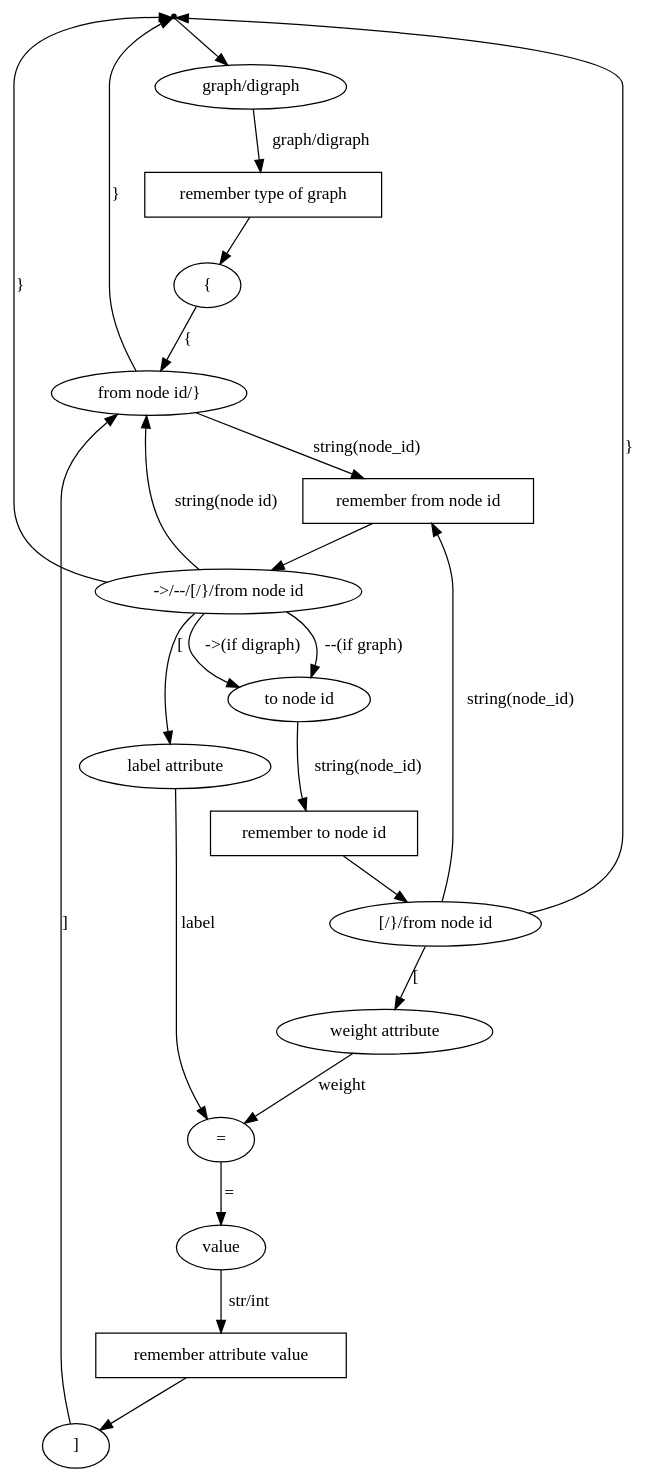
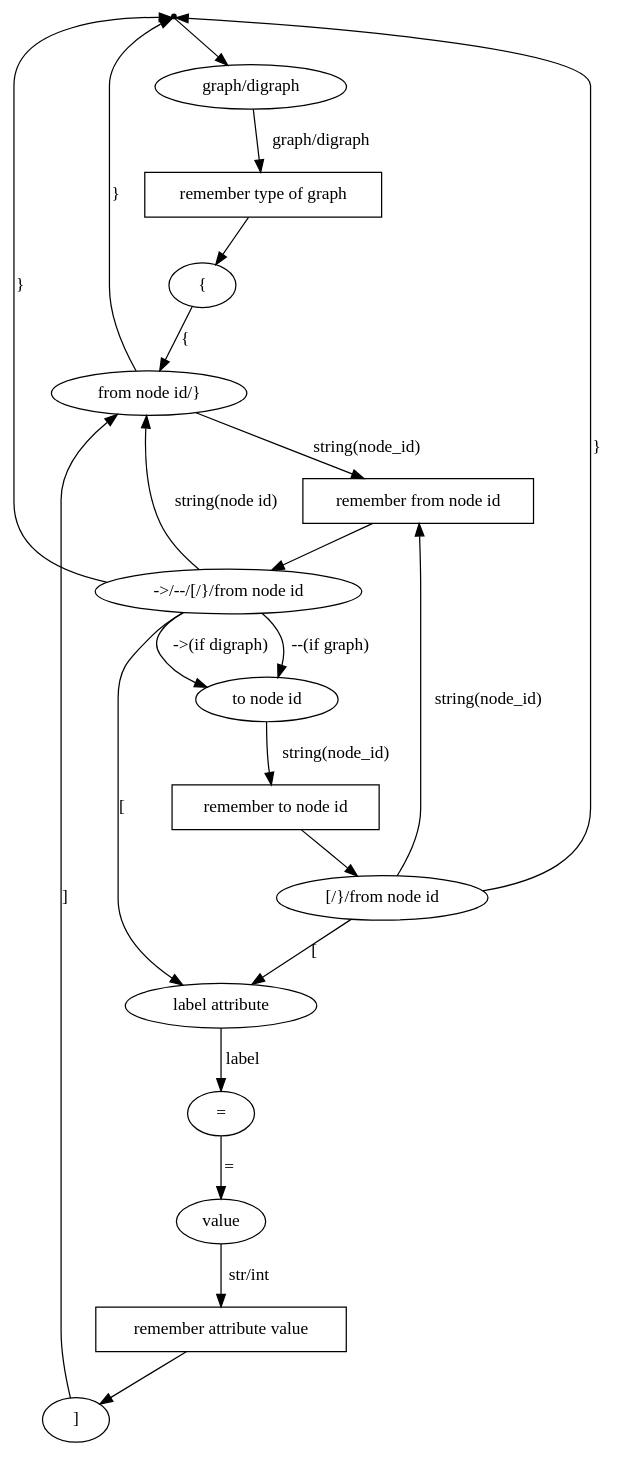
Before and after one commit to AshFungor/graph-serializer: the diagram in data/proposal/lexemes.gv, drawn with Graphviz. The commit also changed 6 other files, not shown here.

First line of the commit message:
fixed character graph (#19)

```diff
--- a/data/proposal/lexemes.gv
+++ b/data/proposal/lexemes.gv
@@ -1,56 +1,53 @@
 digraph {
 	entrypoint [shape = "point"]
 	graph_start [shape = "ellipse" label = "graph/digraph"]
 	entrypoint -> graph_start 
 
 	remember_graph_type [shape = "box" label = "remember type of graph"]
 	graph_start -> remember_graph_type [label="graph/digraph"]
 
 	open_curly_bracket [shape = "ellipse" label = "{"]
 	remember_graph_type -> open_curly_bracket
 
 	from_node_id_or_close_curly_bracket [shape = "ellipse" label = "from node id/}"]
 	from_node_id_or_close_curly_bracket -> entrypoint [label = "}"]
 	open_curly_bracket -> from_node_id_or_close_curly_bracket [label="{"]
 
 	remember_from_node_id [shape="box" label="remember from node id"]
 	from_node_id_or_close_curly_bracket -> remember_from_node_id [label="string(node_id)"]
 	remember_from_node_id -> after_from_node_id
 
 	after_from_node_id [shape = "ellipse" label = "->/--/[/}/from node id"]
 	to_node_id [shape = "ellipse" label = "to node id"]
 	after_from_node_id -> to_node_id [label="->(if digraph)"]
 	after_from_node_id -> to_node_id [label="--(if graph)"]
 	after_from_node_id -> entrypoint [label = "}"]
 	after_from_node_id -> from_node_id_or_close_curly_bracket [label = "string(node id)"]
 
 	label_attr [shape = "ellipse" label = "label attribute"]
 	after_from_node_id -> label_attr [label="["] 
 
 	equal [shape = "ellipse" label = "="]
 	label_attr -> equal [label="label"]
 
 	remember_to_node_id [shape="box" label="remember to node id"]
 	to_node_id -> remember_to_node_id [label="string(node_id)"]
 
 	after_to_node_id [label="[/}/from node id"]
 	remember_to_node_id -> after_to_node_id
 
 	after_to_node_id -> entrypoint [label = "}"]
 	after_to_node_id -> remember_from_node_id [label = "string(node_id)"]
-
-	weight_attr [shape = "ellipse" label = "weight attribute"]
-	after_to_node_id -> weight_attr [label="["] 
-
-	weight_attr -> equal [label="weight"]
+	
+	after_to_node_id -> label_attr [label="["] 
 
 	attr_value [shape = "ellipse" label = "value"]
 	equal -> attr_value [label="="]
 
 	remember_attr_value [shape="box" label="remember attribute value"]
 	attr_value -> remember_attr_value [label="str/int"] 
 
 	close_square_bracket [label = "]"]
 	remember_attr_value -> close_square_bracket
 	close_square_bracket -> from_node_id_or_close_curly_bracket [label="]"]
 }
```
